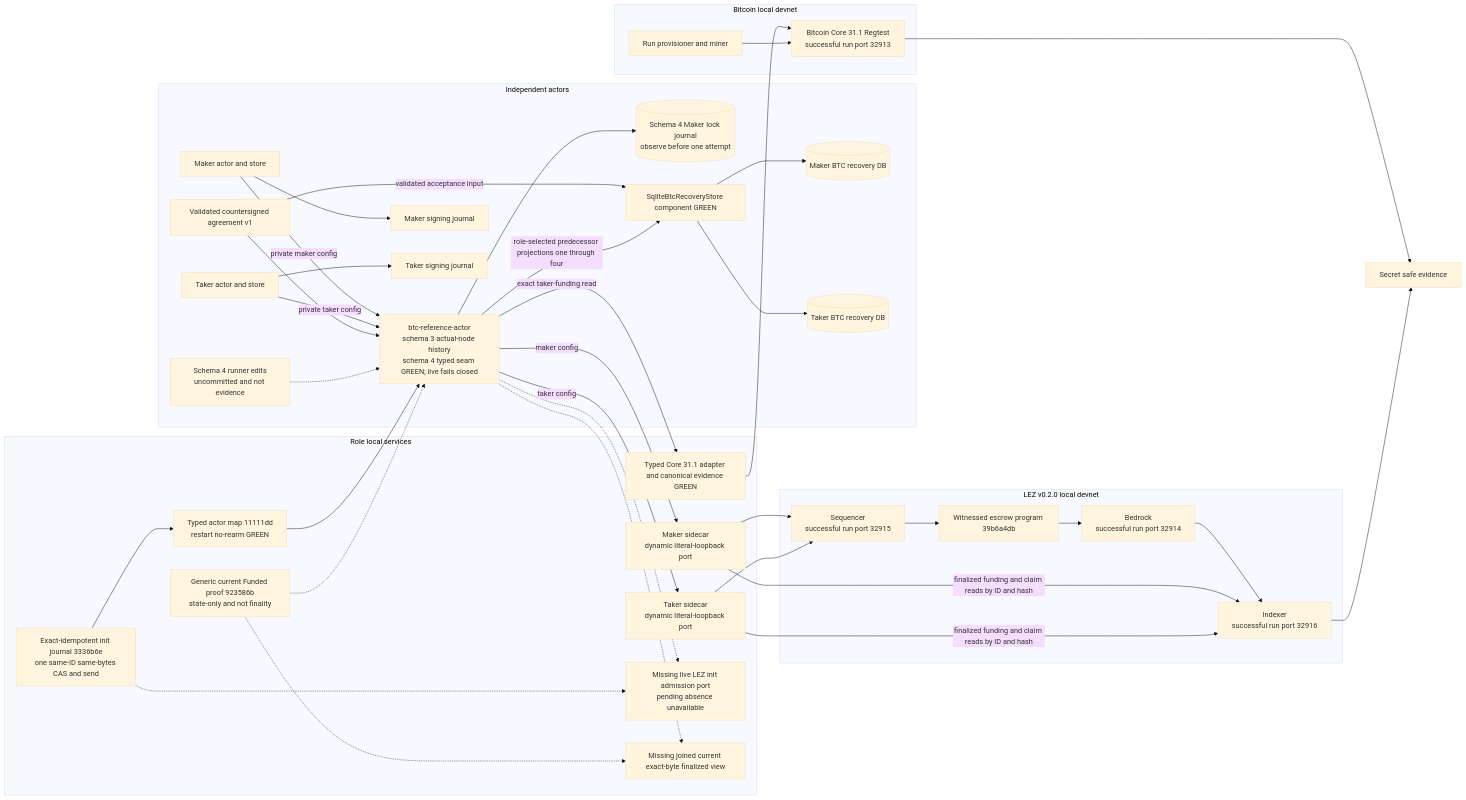
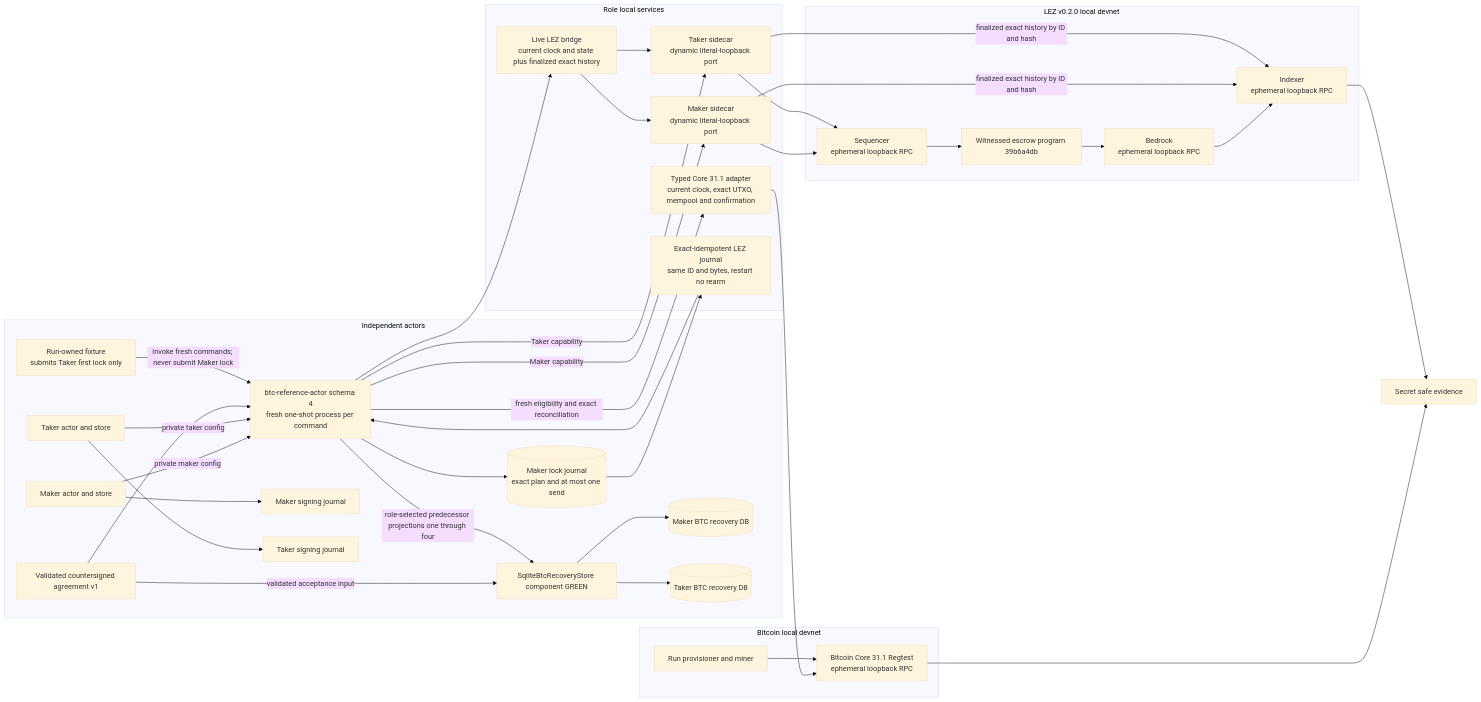
Before and after one commit to gateway-fm/lez-atomic-swaps: the first of 6 diagrams in docs/architecture/0029-m3-bitcoin-local-poc-entry.md, drawn with Mermaid (base theme). The commit also changed other lines of this file and 5 other files, not shown here.

Commit message:
docs: reconcile M3 schema4 architecture decisions

````diff
--- a/docs/architecture/0029-m3-bitcoin-local-poc-entry.md
+++ b/docs/architecture/0029-m3-bitcoin-local-poc-entry.md
@@ -59,72 +54,67 @@
 ```mermaid
 flowchart LR
     subgraph Actors["Independent actors"]
         Agreement["Validated countersigned agreement v1"]
         Maker["Maker actor and store"]
         Taker["Taker actor and store"]
-        Actor["btc-reference-actor<br/>schema 3 actual-node history<br/>schema 4 typed seam GREEN; live fails closed"]
-        MakerJournal[("Schema 4 Maker lock journal<br/>observe before one attempt")]
-        Runner["Schema 4 runner edits<br/>uncommitted and not evidence"]
+        Actor["btc-reference-actor schema 4<br/>fresh one-shot process per command"]
+        MakerJournal[("Maker lock journal<br/>exact plan and at most one send")]
+        Runner["Run-owned fixture<br/>submits Taker first lock only"]
         MakerSigner["Maker signing journal"]
         TakerSigner["Taker signing journal"]
         Recovery["SqliteBtcRecoveryStore component GREEN"]
         MakerRecovery[("Maker BTC recovery DB")]
         TakerRecovery[("Taker BTC recovery DB")]
         Maker --> MakerSigner
         Taker --> TakerSigner
         Maker -->|"private maker config"| Actor
         Taker -->|"private taker config"| Actor
         Agreement --> Actor
         Agreement -->|"validated acceptance input"| Recovery
         Recovery --> MakerRecovery
         Recovery --> TakerRecovery
         Actor -->|"role-selected predecessor projections one through four"| Recovery
         Actor --> MakerJournal
-        Runner -.-> Actor
+        Runner -->|"invoke fresh commands; never submit Maker lock"| Actor
     end
 
     subgraph RoleServices["Role local services"]
         MakerSidecar["Maker sidecar<br/>dynamic literal-loopback port"]
         TakerSidecar["Taker sidecar<br/>dynamic literal-loopback port"]
-        CoreAdapter["Typed Core 31.1 adapter and canonical evidence GREEN"]
-        InitJournal["Exact-idempotent init journal 3336b6e<br/>one same-ID same-bytes CAS and send"]
-        InitActor["Typed actor map 11111dd<br/>restart no-rearm GREEN"]
-        InitGap["Missing live LEZ init admission port<br/>pending absence unavailable"]
-        CurrentLez["Generic current Funded proof 923586b<br/>state-only and not finality"]
-        StateGap["Missing joined current exact-byte finalized view"]
+        CoreAdapter["Typed Core 31.1 adapter<br/>current clock, exact UTXO, mempool and confirmation"]
+        LezAdapter["Live LEZ bridge<br/>current clock and state plus finalized exact history"]
+        InitJournal["Exact-idempotent LEZ journal<br/>same ID and bytes, restart no rearm"]
     end
 
     subgraph Bitcoin["Bitcoin local devnet"]
-        Core["Bitcoin Core 31.1 Regtest<br/>successful run port 32913"]
+        Core["Bitcoin Core 31.1 Regtest<br/>ephemeral loopback RPC"]
         Miner["Run provisioner and miner"]
     end
 
     subgraph Lez["LEZ v0.2.0 local devnet"]
-        Sequencer["Sequencer<br/>successful run port 32915"]
-        Indexer["Indexer<br/>successful run port 32916"]
-        Bedrock["Bedrock<br/>successful run port 32914"]
+        Sequencer["Sequencer<br/>ephemeral loopback RPC"]
+        Indexer["Indexer<br/>ephemeral loopback RPC"]
+        Bedrock["Bedrock<br/>ephemeral loopback RPC"]
         Guest["Witnessed escrow program 39b6a4db"]
         Sequencer --> Guest
         Guest --> Bedrock
         Bedrock --> Indexer
     end
 
-    Actor -->|"maker config"| MakerSidecar
-    Actor -->|"taker config"| TakerSidecar
+    Actor -->|"Maker capability"| MakerSidecar
+    Actor -->|"Taker capability"| TakerSidecar
     MakerSidecar --> Sequencer
-    MakerSidecar -->|"finalized funding and claim reads by ID and hash"| Indexer
+    MakerSidecar -->|"finalized exact history by ID and hash"| Indexer
     TakerSidecar --> Sequencer
-    TakerSidecar -->|"finalized funding and claim reads by ID and hash"| Indexer
-    Actor -->|"exact taker-funding read"| CoreAdapter
-    InitJournal --> InitActor
-    InitActor --> Actor
-    Actor -.-> InitGap
-    InitJournal -.-> InitGap
-    CurrentLez -.-> Actor
-    CurrentLez -.-> StateGap
-    Actor -.-> StateGap
+    TakerSidecar -->|"finalized exact history by ID and hash"| Indexer
+    Actor -->|"fresh eligibility and exact reconciliation"| CoreAdapter
+    Actor --> LezAdapter
+    LezAdapter --> MakerSidecar
+    LezAdapter --> TakerSidecar
+    MakerJournal --> InitJournal
+    InitJournal --> Actor
     CoreAdapter --> Core
     Miner --> Core
     Core --> Evidence["Secret safe evidence"]
     Indexer --> Evidence
 ```
````
